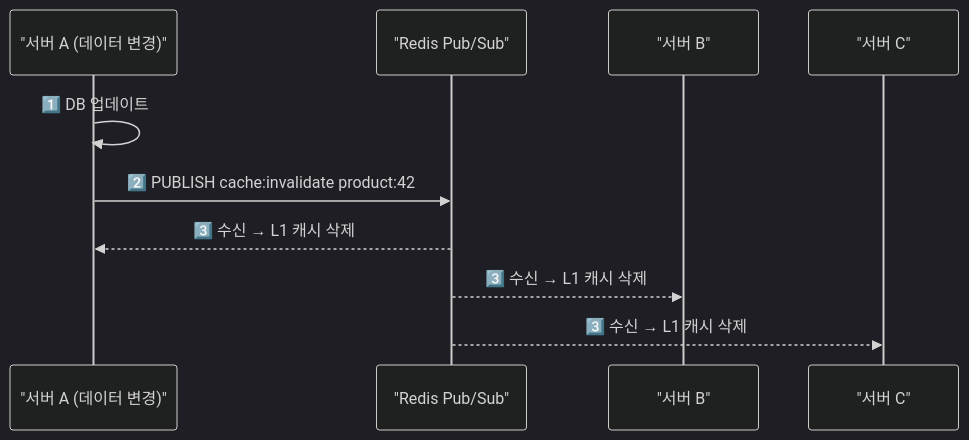
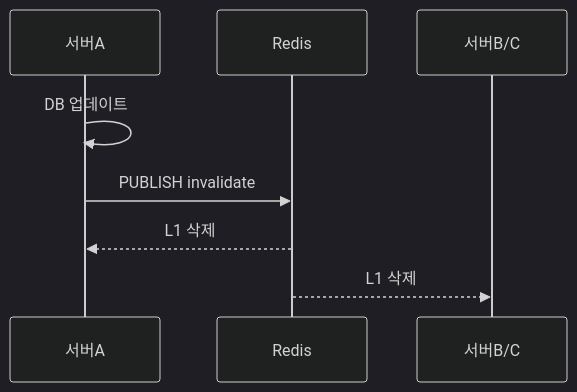
The sixth of 8 diagrams in _posts/caching/2026-05-03-cache-invalidation.md (yjkim2015/yjkim2015.github.io), drawn with Mermaid (dark theme) before and after one commit. The commit also changed other lines of this file and 155 other files, not shown here.

First line of the commit message:
Mermaid 전면 수정: subgraph 제거, participant/노드/줄수 축소 (342블록)

````diff
--- a/_posts/caching/2026-05-03-cache-invalidation.md
+++ b/_posts/caching/2026-05-03-cache-invalidation.md
@@ -427,12 +417,10 @@
 ```mermaid
 sequenceDiagram
-    participant S1 as "서버 A (데이터 변경)"
-    participant Redis as "Redis Pub/Sub"
-    participant S2 as "서버 B"
-    participant S3 as "서버 C"
-    S1->>S1: 1️⃣ DB 업데이트
-    S1->>Redis: 2️⃣ PUBLISH cache:invalidate product:42
-    Redis-->>S1: 3️⃣ 수신 → L1 캐시 삭제
-    Redis-->>S2: 3️⃣ 수신 → L1 캐시 삭제
-    Redis-->>S3: 3️⃣ 수신 → L1 캐시 삭제
+    participant S1 as 서버A
+    participant Redis as Redis
+    participant S2 as 서버B/C
+    S1->>S1: DB 업데이트
+    S1->>Redis: PUBLISH invalidate
+    Redis-->>S1: L1 삭제
+    Redis-->>S2: L1 삭제
 ```
````
